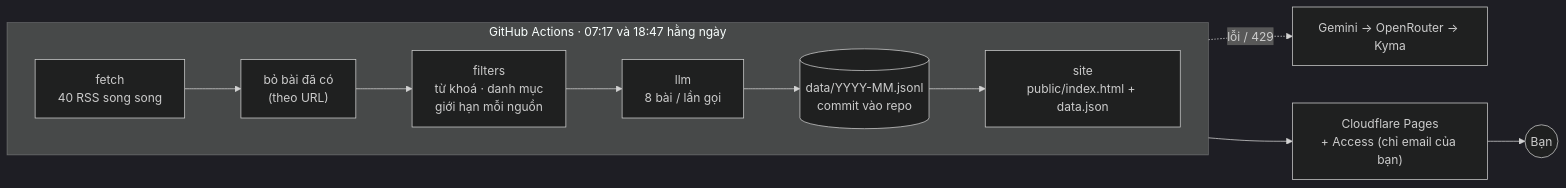
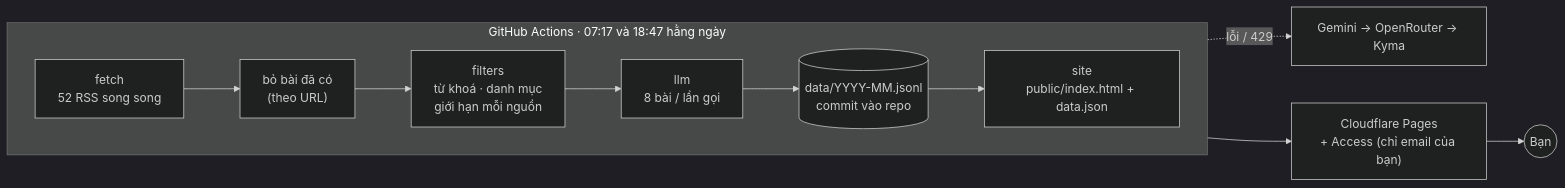
Before and after one commit to minmincute912/tech-new-agent: the diagram in README.md, drawn with Mermaid (dark theme). The commit also changed other lines of this file and 3 other files, not shown here.

````diff
--- a/README.md
+++ b/README.md
@@ -6,14 +6,14 @@
 ```mermaid
 flowchart LR
     subgraph GH["GitHub Actions · 07:17 và 18:47 hằng ngày"]
         direction LR
-        F["fetch<br/>40 RSS song song"] --> D["bỏ bài đã có<br/>(theo URL)"]
+        F["fetch<br/>52 RSS song song"] --> D["bỏ bài đã có<br/>(theo URL)"]
         D --> L["filters<br/>từ khoá · danh mục<br/>giới hạn mỗi nguồn"]
         L --> A["llm<br/>8 bài / lần gọi"]
         A --> S[("data/YYYY-MM.jsonl<br/>commit vào repo")]
         S --> B["site<br/>public/index.html + data.json"]
     end
     A -. "lỗi / 429" .-> FB["Gemini → OpenRouter → Kyma"]
     B --> CF["Cloudflare Pages<br/>+ Access (chỉ email của bạn)"]
     CF --> U(("Bạn"))
 ```
````
